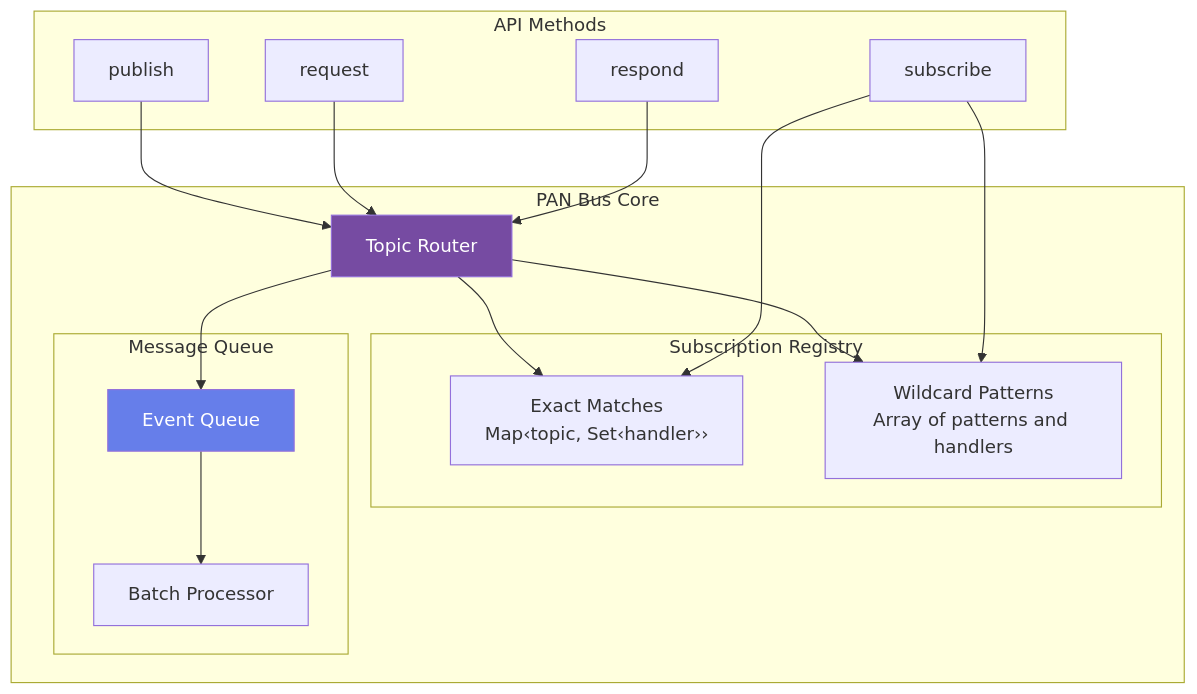
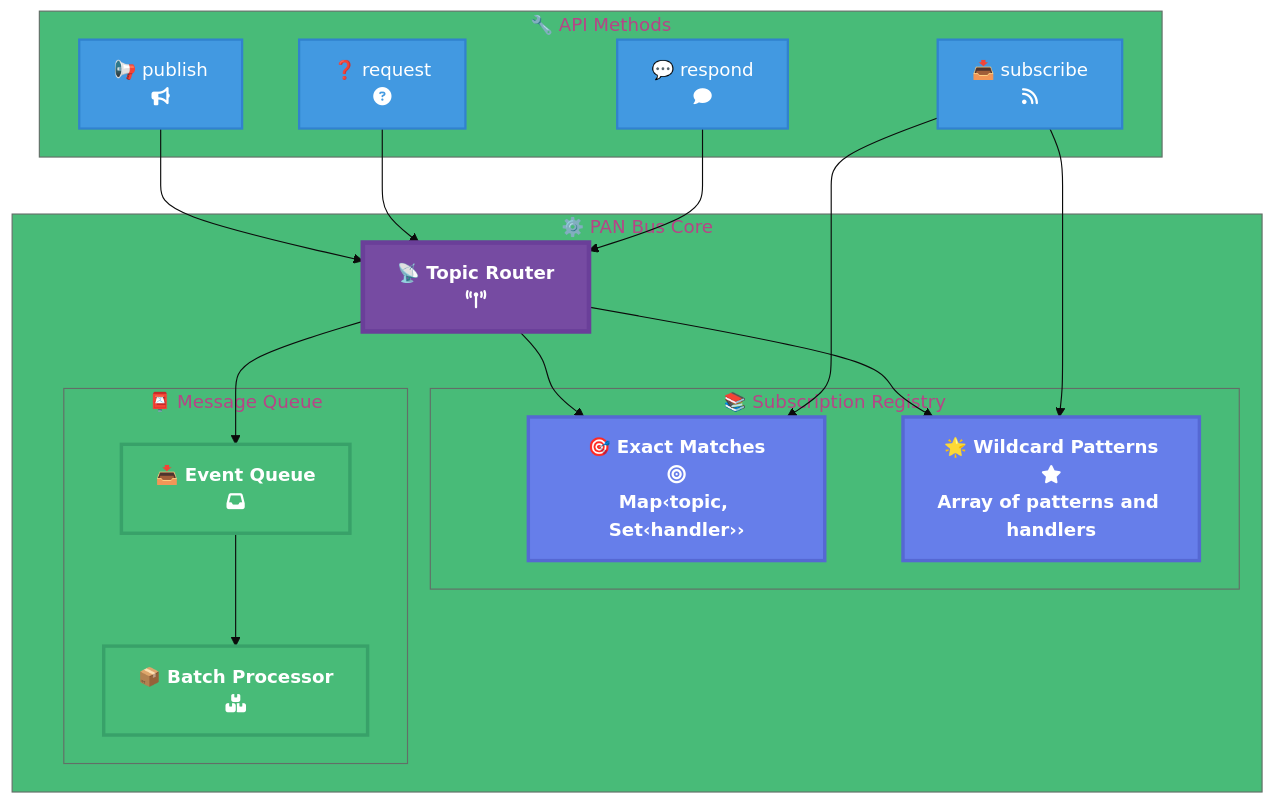
The seventh of 10 diagrams in docs/books/learning-larc/diagrams/05-pan-bus.md (larcjs/larc), drawn with Mermaid before and after one commit. The commit also changed other lines of this file and 12 other files, not shown here.

First line of the commit message:
docs: expand Learning LARC chapters 11-19 into individual files and enhance diagrams

````diff
--- a/docs/books/learning-larc/diagrams/05-pan-bus.md
+++ b/docs/books/learning-larc/diagrams/05-pan-bus.md
@@ -225,36 +248,44 @@
 ```mermaid
+%%{init: {'theme':'base', 'themeVariables': { 'primaryColor':'#764ba2','secondaryColor':'#667eea','tertiaryColor':'#48bb78'}}}%%
 graph TB
-    subgraph "PAN Bus Core"
-        Router[Topic Router]
+    subgraph Core["⚙️ PAN Bus Core"]
+        Router["📡 Topic Router<br/>fa:fa-broadcast-tower"]
 
-        subgraph "Subscription Registry"
-            Exact["Exact Matches<br/>Map‹topic, Set‹handler››"]
-            Wildcard["Wildcard Patterns<br/>Array of patterns and handlers"]
+        subgraph Registry["📚 Subscription Registry"]
+            Exact["🎯 Exact Matches<br/>fa:fa-bullseye<br/>Map‹topic, Set‹handler››"]
+            Wildcard["🌟 Wildcard Patterns<br/>fa:fa-star<br/>Array of patterns and handlers"]
         end
 
-        subgraph "Message Queue"
-            Queue[Event Queue]
-            Batch[Batch Processor]
+        subgraph Queue["📮 Message Queue"]
+            EventQueue["📥 Event Queue<br/>fa:fa-inbox"]
+            Batch["📦 Batch Processor<br/>fa:fa-boxes"]
         end
 
         Router --> Exact
         Router --> Wildcard
-        Router --> Queue
-        Queue --> Batch
+        Router --> EventQueue
+        EventQueue --> Batch
     end
 
-    subgraph "API Methods"
-        Publish[publish]
-        Subscribe[subscribe]
-        Request[request]
-        Respond[respond]
+    subgraph API["🔧 API Methods"]
+        Publish["📢 publish<br/>fa:fa-bullhorn"]
+        Subscribe["📥 subscribe<br/>fa:fa-rss"]
+        Request["❓ request<br/>fa:fa-question-circle"]
+        Respond["💬 respond<br/>fa:fa-comment"]
     end
 
     Publish --> Router
     Subscribe --> Exact & Wildcard
     Request --> Router
     Respond --> Router
 
-    style Router fill:#764ba2,color:#fff
-    style Queue fill:#667eea,color:#fff
+    classDef router fill:#764ba2,stroke:#6a3f99,stroke-width:4px,color:#fff,font-weight:bold
+    classDef registry fill:#667eea,stroke:#5568d3,stroke-width:3px,color:#fff,font-weight:bold
+    classDef queue fill:#48bb78,stroke:#38a169,stroke-width:3px,color:#fff,font-weight:bold
+    classDef api fill:#4299e1,stroke:#3182ce,stroke-width:2px,color:#fff
+
+    class Router router
+    class Exact,Wildcard registry
+    class EventQueue,Batch queue
+    class Publish,Subscribe,Request,Respond api
 ```
````
